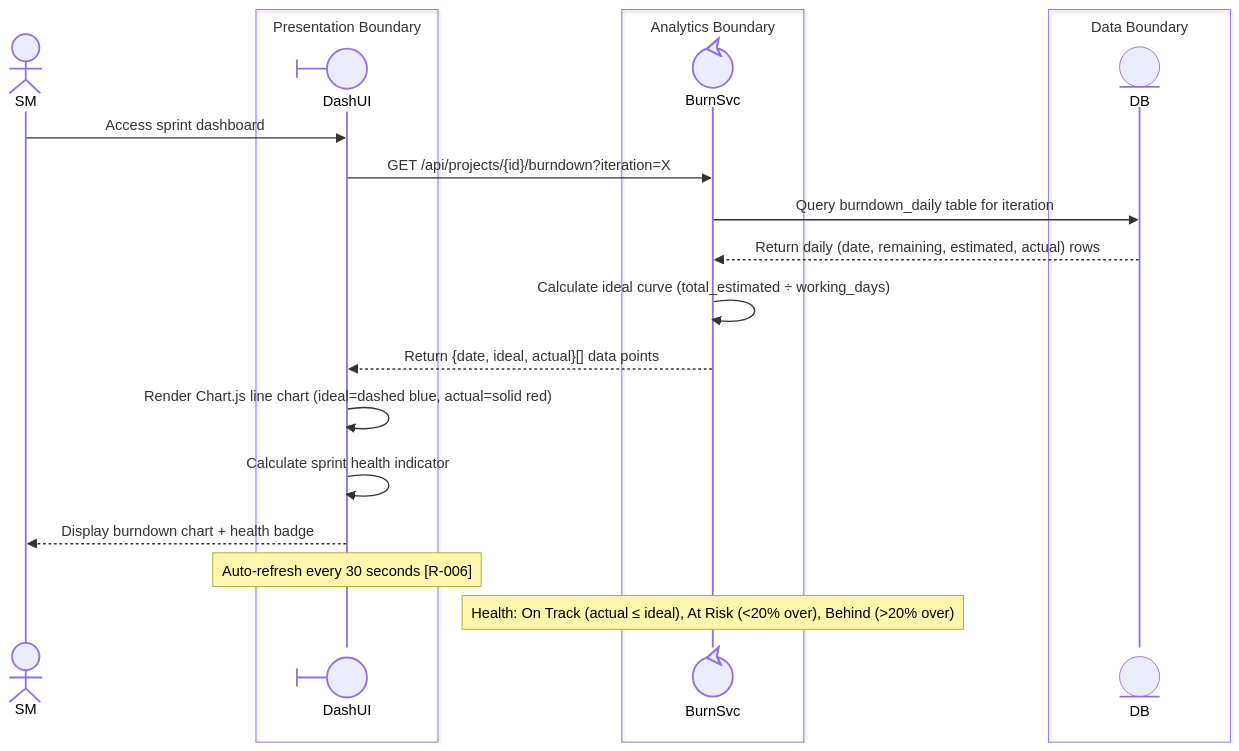
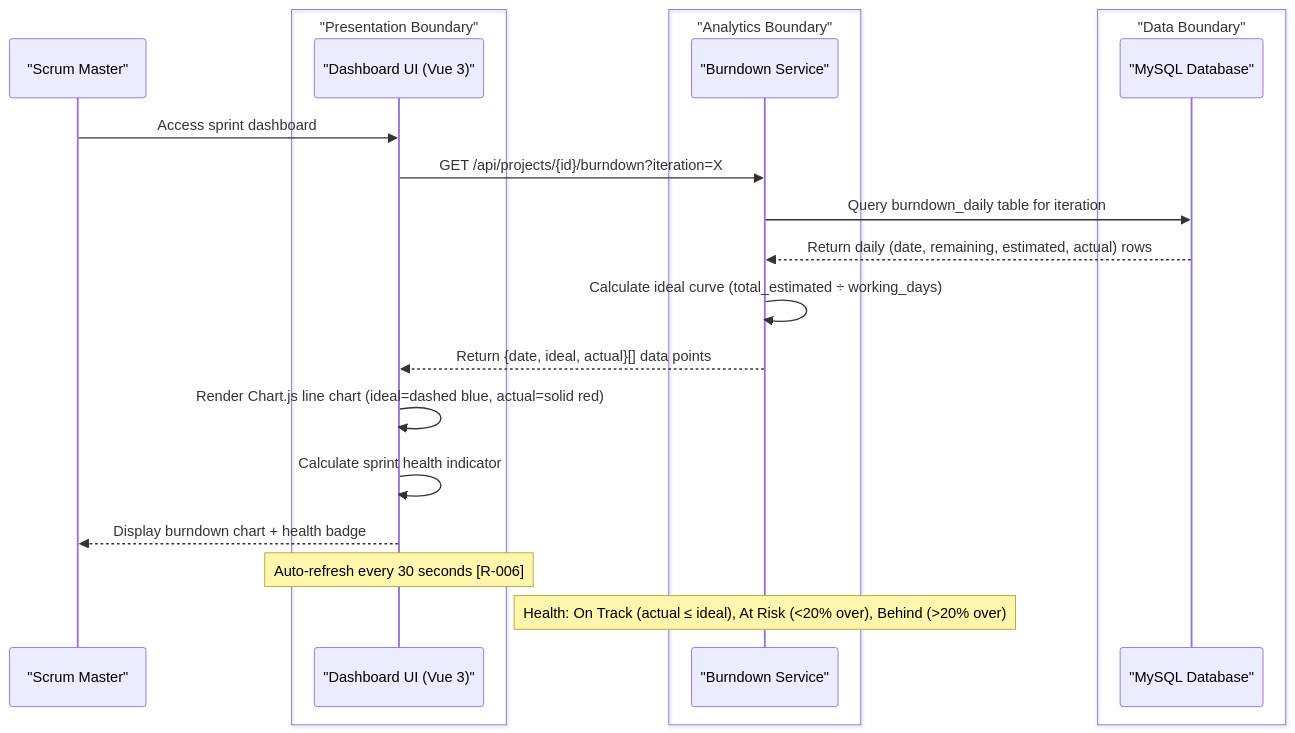
The fourth of 8 diagrams in OrgDocument/orgModel/01 - Scrum Master Support Process/collaboration.md (zhongadamwang/GitHubProjectAssistant), drawn with Mermaid before and after one commit. The commit also changed other lines of this file and 9 other files, not shown here.

Commit message:
Fix diagram errors

````diff
--- a/OrgDocument/orgModel/01 - Scrum Master Support Process/collaboration.md
+++ b/OrgDocument/orgModel/01 - Scrum Master Support Process/collaboration.md
@@ -204,30 +206,31 @@
 ```mermaid
 sequenceDiagram
-    participant SM@{ "type": "actor", "label": "Scrum Master" }
+    %% Stereotypes: SM=actor | DashUI=boundary | BurnSvc=control | DB=entity
+    participant SM as "Scrum Master"
 
-    box Presentation Boundary
-        participant DashUI@{ "type": "boundary", "label": "Dashboard UI (Vue 3)" }
+    box "Presentation Boundary"
+        participant DashUI as "Dashboard UI (Vue 3)"
     end
 
-    box Analytics Boundary
-        participant BurnSvc@{ "type": "control", "label": "Burndown Service" }
+    box "Analytics Boundary"
+        participant BurnSvc as "Burndown Service"
     end
 
-    box Data Boundary
-        participant DB@{ "type": "entity", "label": "MySQL Database" }
+    box "Data Boundary"
+        participant DB as "MySQL Database"
     end
 
     SM->>DashUI: Access sprint dashboard
     DashUI->>BurnSvc: GET /api/projects/{id}/burndown?iteration=X
     BurnSvc->>DB: Query burndown_daily table for iteration
     DB-->>BurnSvc: Return daily (date, remaining, estimated, actual) rows
     BurnSvc->>BurnSvc: Calculate ideal curve (total_estimated ÷ working_days)
     BurnSvc-->>DashUI: Return {date, ideal, actual}[] data points
 
     DashUI->>DashUI: Render Chart.js line chart (ideal=dashed blue, actual=solid red)
     DashUI->>DashUI: Calculate sprint health indicator
     DashUI-->>SM: Display burndown chart + health badge
 
     Note over DashUI: Auto-refresh every 30 seconds [R-006]
     Note over BurnSvc: Health: On Track (actual ≤ ideal), At Risk (<20% over), Behind (>20% over)
 ```
````
